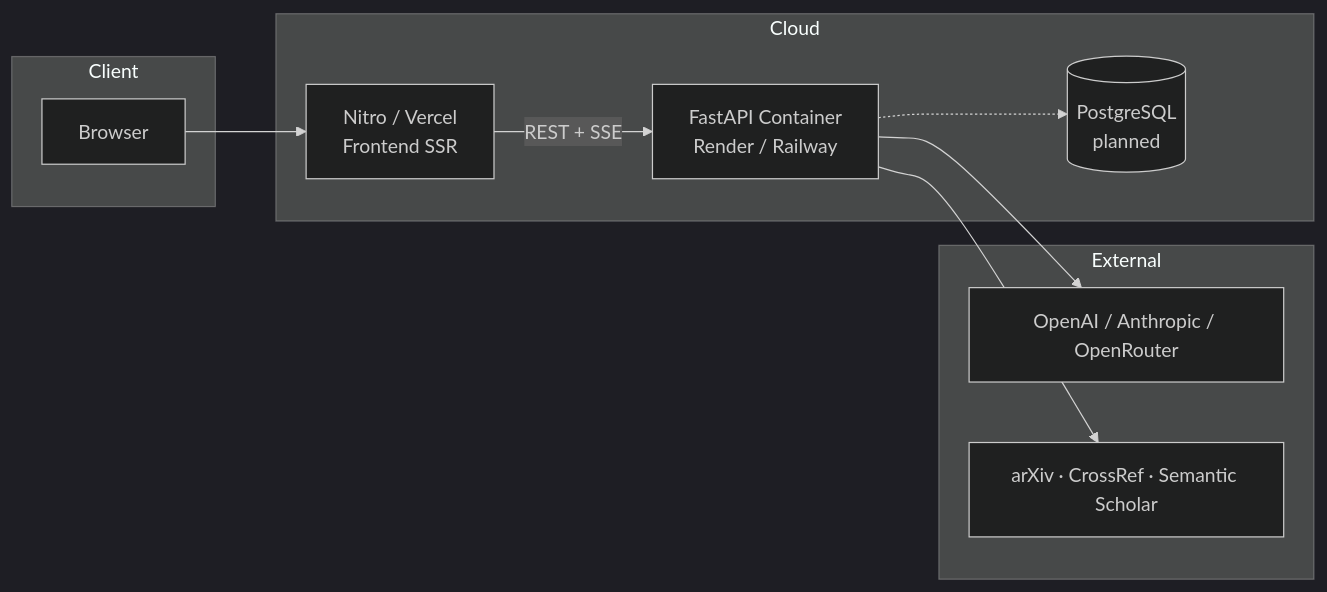
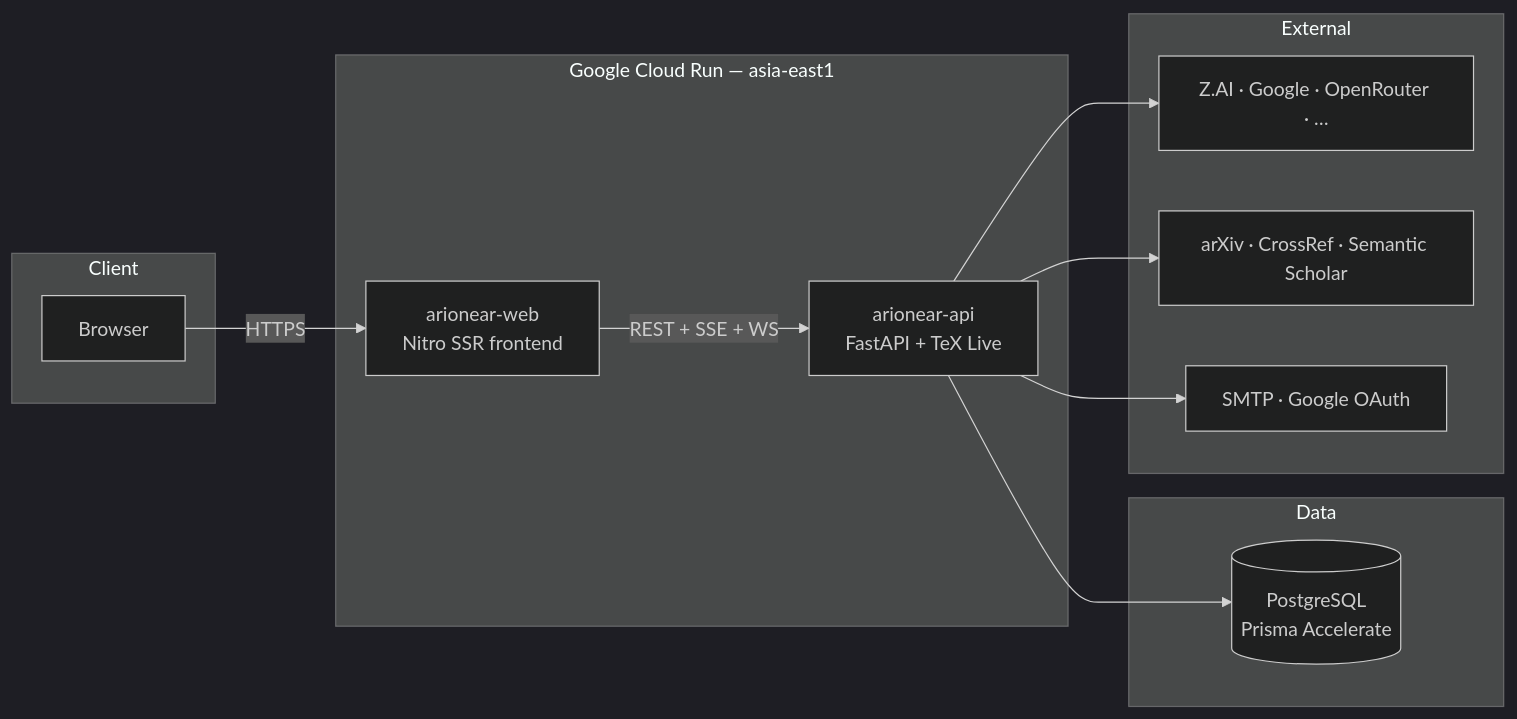
The sixth of 6 diagrams in ARCHITECTURE.md (Tai-TZ/arionear-ai-paper-editor), drawn with Mermaid (dark theme) before and after one commit. The commit also changed other lines of this file and 15 other files, not shown here.

First line of the commit message:
chore: remove dead code and sync architecture docs

````diff
--- a/ARCHITECTURE.md
+++ b/ARCHITECTURE.md
@@ -346,20 +482,24 @@
 ```mermaid
 flowchart LR
     subgraph Client
         Browser[Browser]
     end
-    subgraph Cloud
-        FE[Nitro / Vercel<br/>Frontend SSR]
-        BE[FastAPI Container<br/>Render / Railway]
-        DB[(PostgreSQL<br/>planned)]
+    subgraph GCP["Google Cloud Run — asia-east1"]
+        FE[arionear-web<br/>Nitro SSR frontend]
+        BE[arionear-api<br/>FastAPI + TeX Live]
+    end
+    subgraph Data
+        DB[(PostgreSQL<br/>Prisma Accelerate)]
     end
     subgraph External
-        LLM[OpenAI / Anthropic / OpenRouter]
+        LLM[Z.AI · Google · OpenRouter · …]
         SCH[arXiv · CrossRef · Semantic Scholar]
+        SMTP[SMTP · Google OAuth]
     end
-    Browser --> FE
-    FE -->|REST + SSE| BE
-    BE -.-> DB
+    Browser -->|HTTPS| FE
+    FE -->|REST + SSE + WS| BE
+    BE --> DB
     BE --> LLM
     BE --> SCH
+    BE --> SMTP
 ```
````
